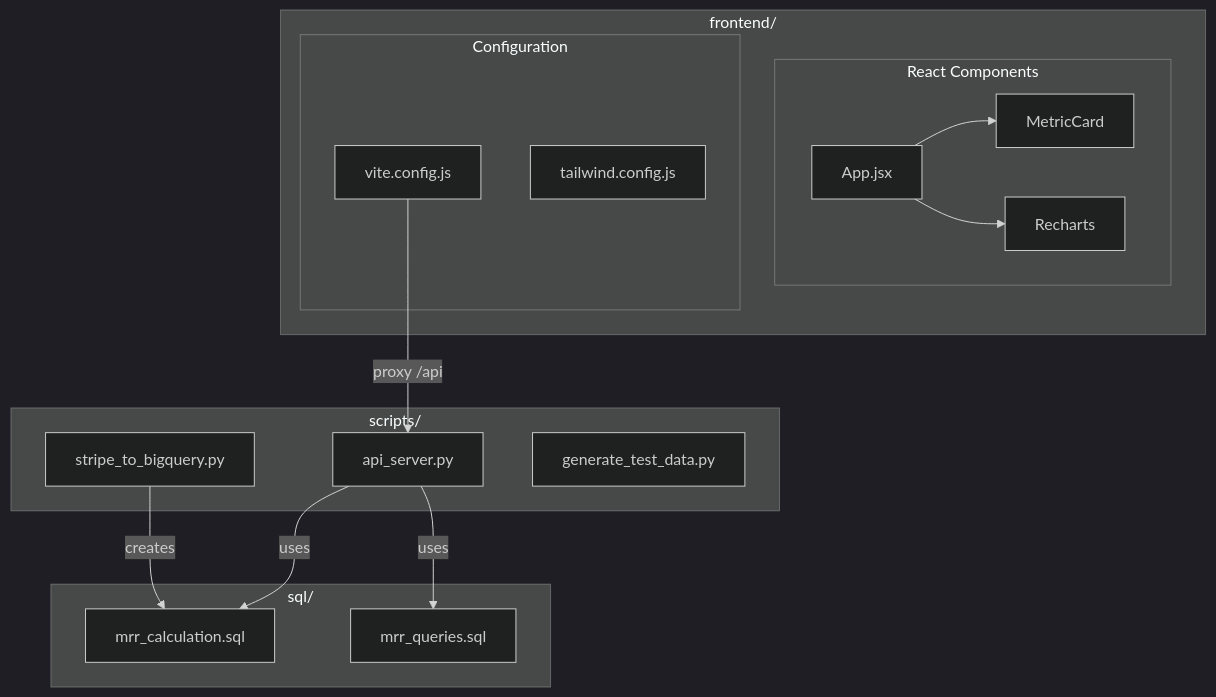
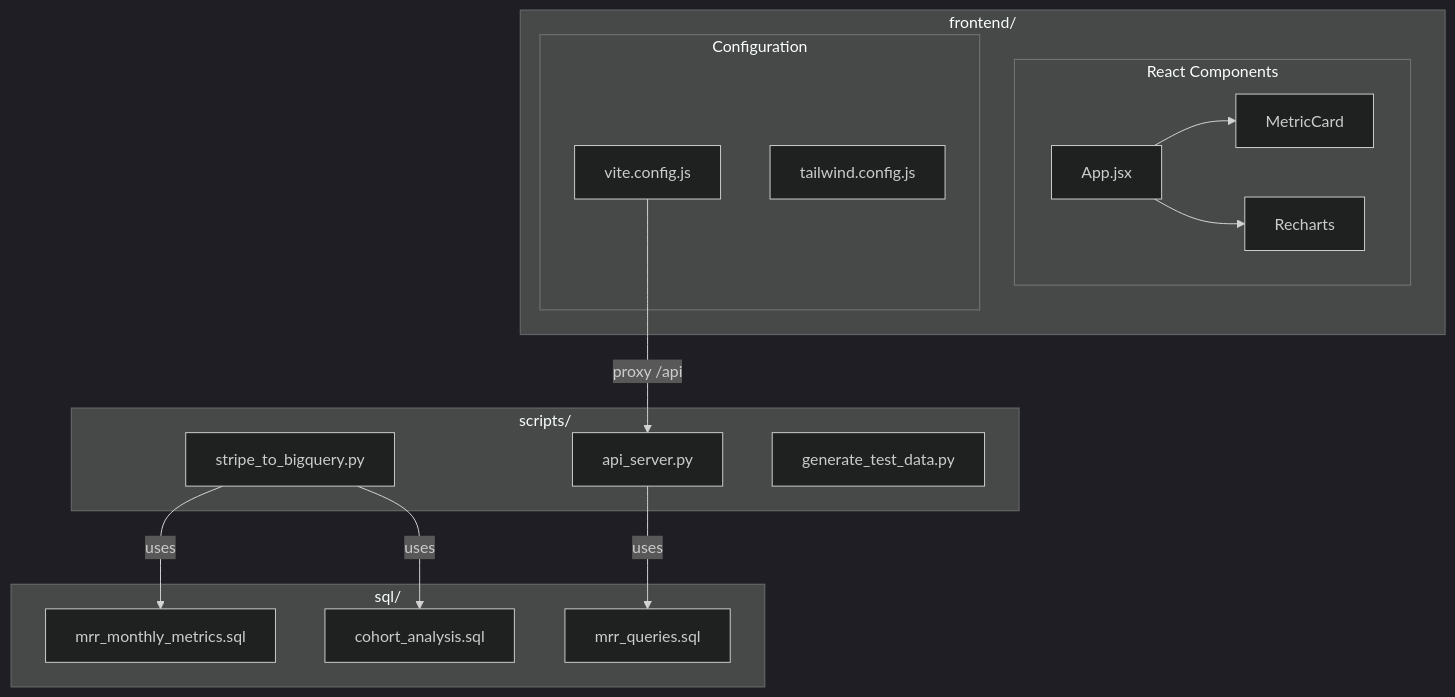
Before and after one commit to saisivarohitht/cyber-falcon-958: the fifth of 7 diagrams in ARCHITECTURE.md, drawn with Mermaid (dark theme). The commit also changed 2 other files, not shown here.

Commit message:
Add parallel advancement of test clocks, exponential retry logic and queries

````diff
--- a/ARCHITECTURE.md
+++ b/ARCHITECTURE.md
@@ -167,33 +167,34 @@
 ```mermaid
 flowchart TB
     subgraph Frontend["frontend/"]
         subgraph Components["React Components"]
             App["App.jsx"]
             MC["MetricCard"]
             Charts["Recharts"]
         end
         
         subgraph Config["Configuration"]
             Vite["vite.config.js"]
             TW["tailwind.config.js"]
         end
     end
     
     subgraph Backend["scripts/"]
         API["api_server.py"]
         ETL["stripe_to_bigquery.py"]
         GEN["generate_test_data.py"]
     end
     
     subgraph Data["sql/"]
-        MRR["mrr_calculation.sql"]
+        MRR["mrr_monthly_metrics.sql"]
+        COH["cohort_analysis.sql"]
         QRY["mrr_queries.sql"]
     end
     
     App --> MC
     App --> Charts
     Vite -->|proxy /api| API
-    API -->|uses| MRR
     API -->|uses| QRY
-    ETL -->|creates| MRR
+    ETL -->|uses| MRR
+    ETL -->|uses| COH
 ```
````
